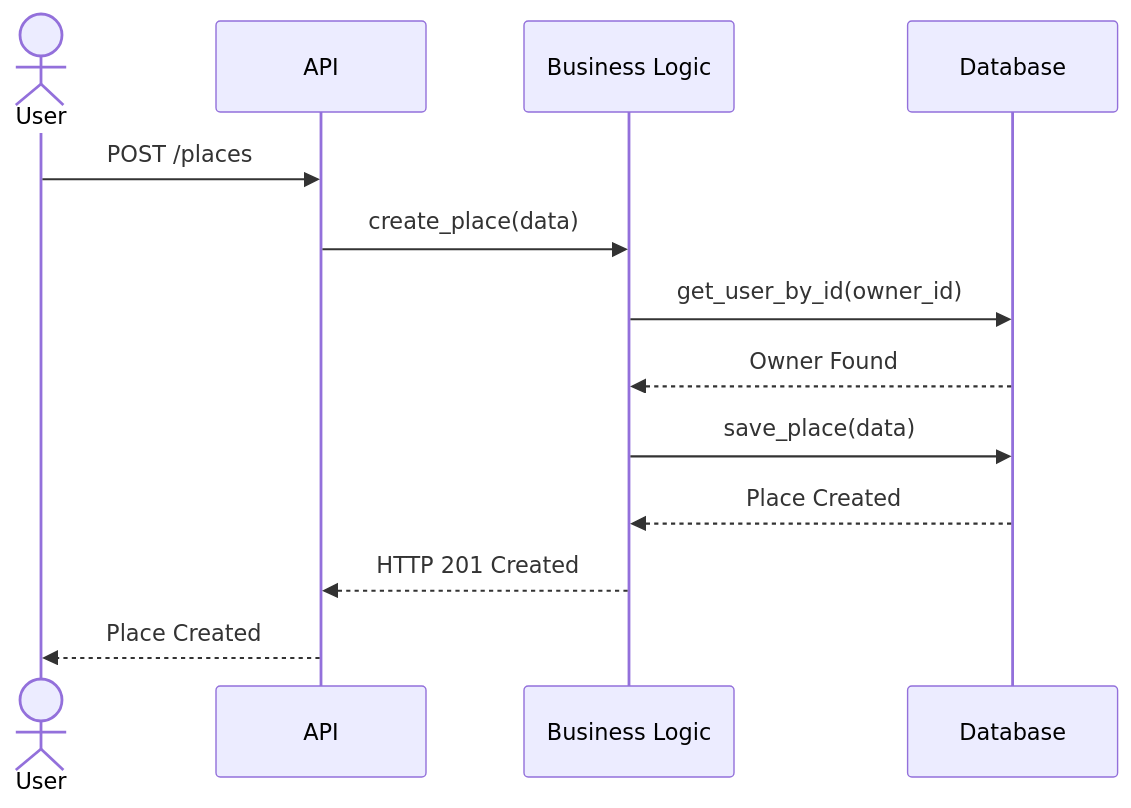
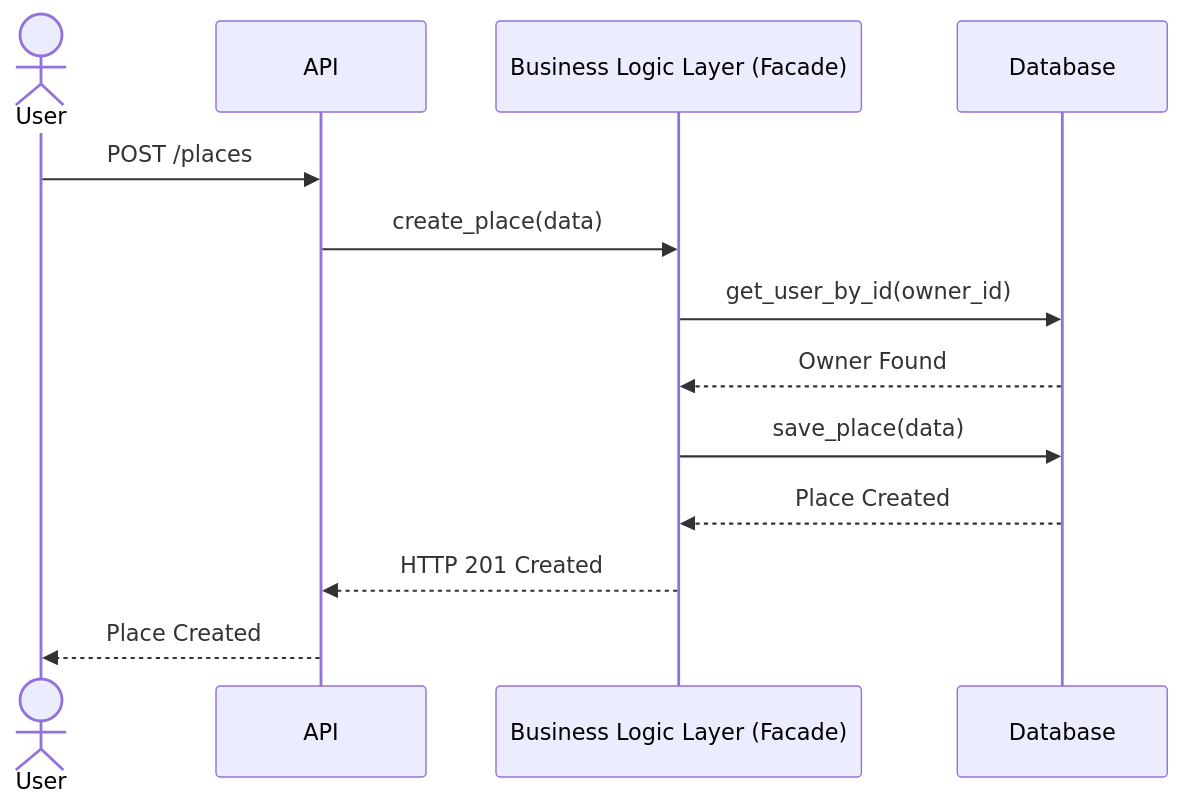
One commit to alzahra3ali-bit/holbertonschool-hbnb changed the fourth of 6 diagrams in part1/README.md. Above: the diagram before and after it, drawn with Mermaid. The commit also changed other lines of this file, not shown here.

Commit message:
Fix: Merged facade with business layer and added methods in the class diagram

````diff
--- a/part1/README.md
+++ b/part1/README.md
@@ -146,16 +159,16 @@
 ```mermaid
 sequenceDiagram
     actor User
     participant API
-    participant BusinessLogic as Business Logic
+    participant BusinessLogic as Business Logic Layer (Facade)
     participant Database
 
     User->>API: POST /places
     API->>BusinessLogic: create_place(data)
     BusinessLogic->>Database: get_user_by_id(owner_id)
     Database-->>BusinessLogic: Owner Found
     BusinessLogic->>Database: save_place(data)
     Database-->>BusinessLogic: Place Created
     BusinessLogic-->>API: HTTP 201 Created
     API-->>User: Place Created
 ```
````
